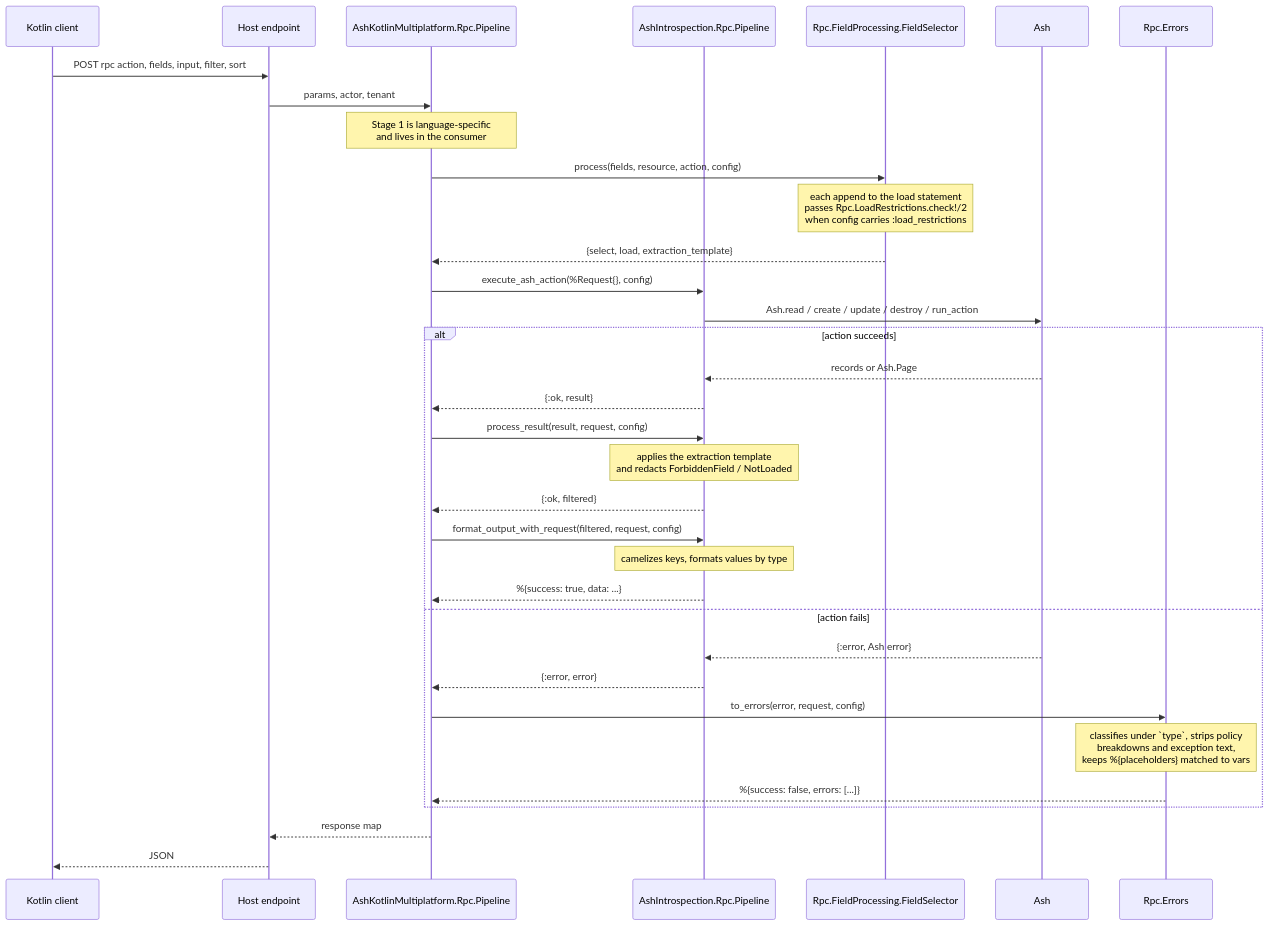
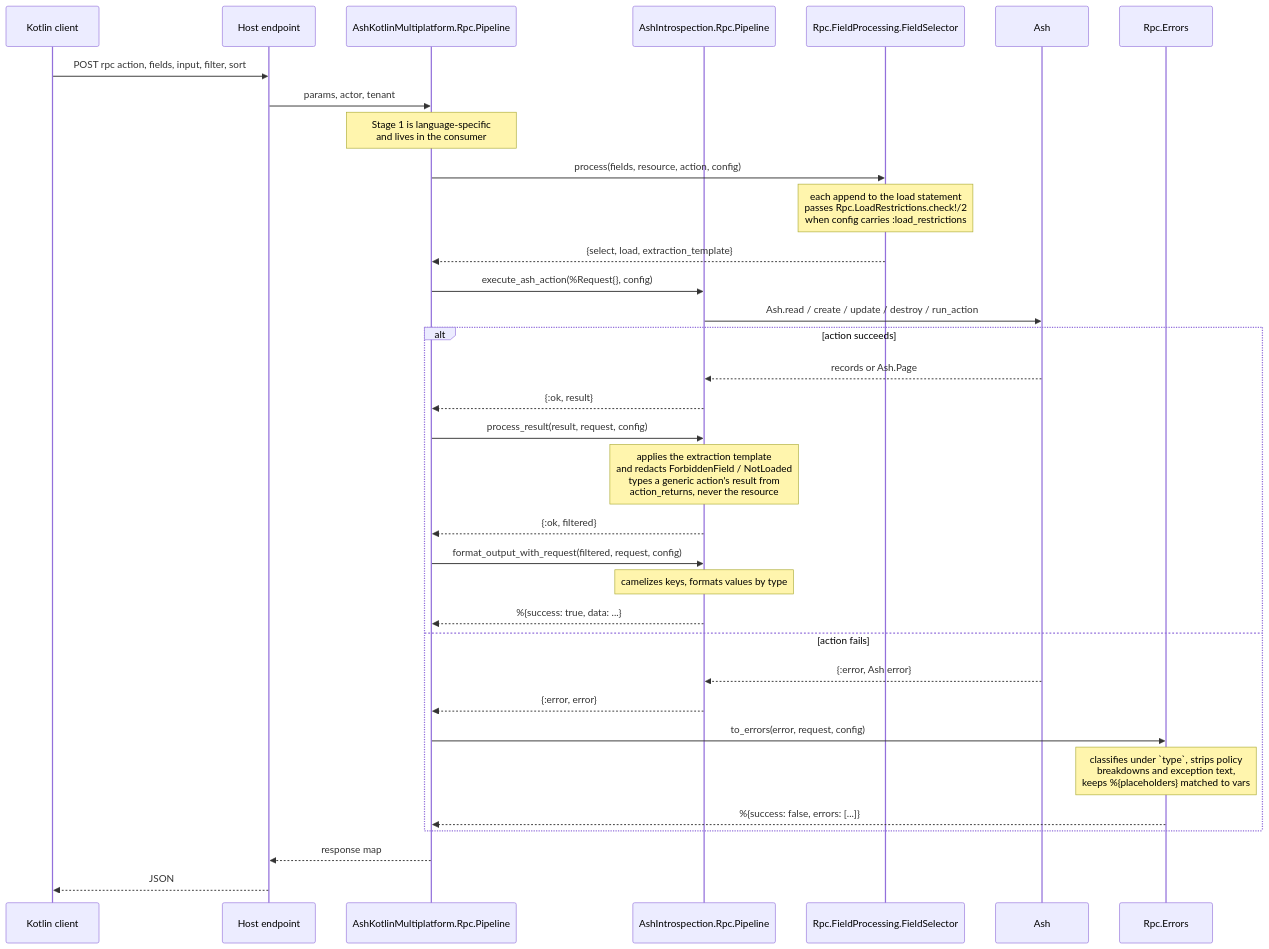
The fifth of 5 diagrams in docs/architecture.md (udin-io/ash_introspection), drawn with Mermaid before and after one commit. The commit also changed 9 other files, not shown here.

````diff
--- a/docs/architecture.md
+++ b/docs/architecture.md
@@ -267,37 +267,37 @@
 ```mermaid
 sequenceDiagram
     participant C as Kotlin client
     participant P as Host endpoint
     participant K as AshKotlinMultiplatform.Rpc.Pipeline
     participant S as AshIntrospection.Rpc.Pipeline
     participant F as Rpc.FieldProcessing.FieldSelector
     participant A as Ash
     participant E as Rpc.Errors
 
     C->>P: POST rpc action, fields, input, filter, sort
     P->>K: params, actor, tenant
     Note over K: Stage 1 is language-specific<br/>and lives in the consumer
     K->>F: process(fields, resource, action, config)
     Note over F: each append to the load statement<br/>passes Rpc.LoadRestrictions.check!/2<br/>when config carries :load_restrictions
     F-->>K: {select, load, extraction_template}
     K->>S: execute_ash_action(%Request{}, config)
     S->>A: Ash.read / create / update / destroy / run_action
     alt action succeeds
         A-->>S: records or Ash.Page
         S-->>K: {:ok, result}
         K->>S: process_result(result, request, config)
-        Note over S: applies the extraction template<br/>and redacts ForbiddenField / NotLoaded
+        Note over S: applies the extraction template<br/>and redacts ForbiddenField / NotLoaded<br/>types a generic action's result from<br/>action_returns, never the resource
         S-->>K: {:ok, filtered}
         K->>S: format_output_with_request(filtered, request, config)
         Note over S: camelizes keys, formats values by type
         S-->>K: %{success: true, data: ...}
     else action fails
         A-->>S: {:error, Ash error}
         S-->>K: {:error, error}
         K->>E: to_errors(error, request, config)
         Note over E: classifies under `type`, strips policy<br/>breakdowns and exception text,<br/>keeps %{placeholders} matched to vars
         E-->>K: %{success: false, errors: [...]}
     end
     K-->>P: response map
     P-->>C: JSON
 ```
````
